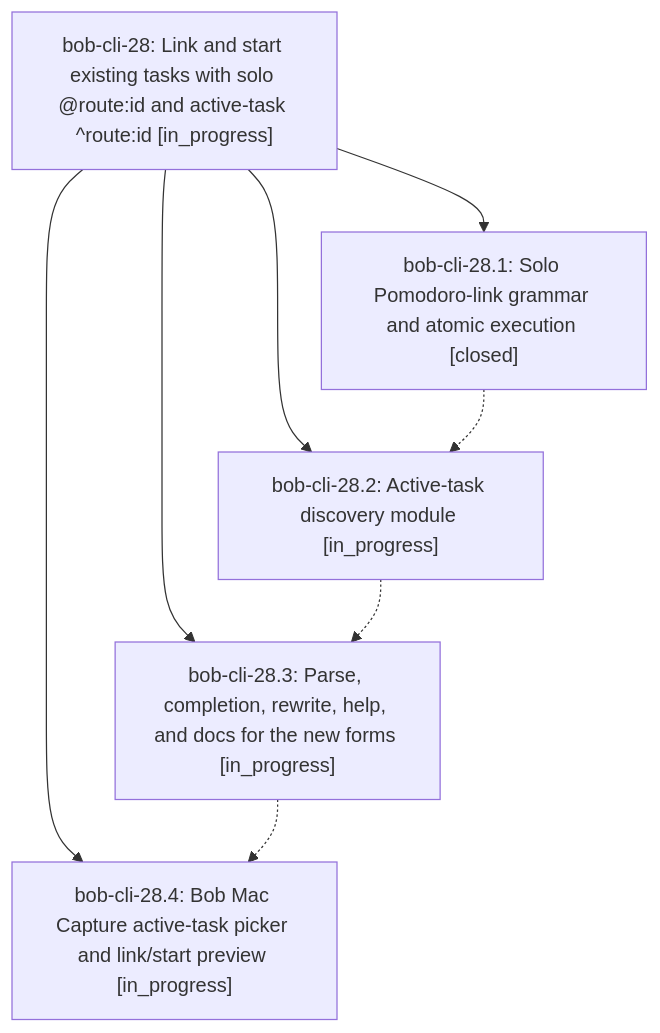
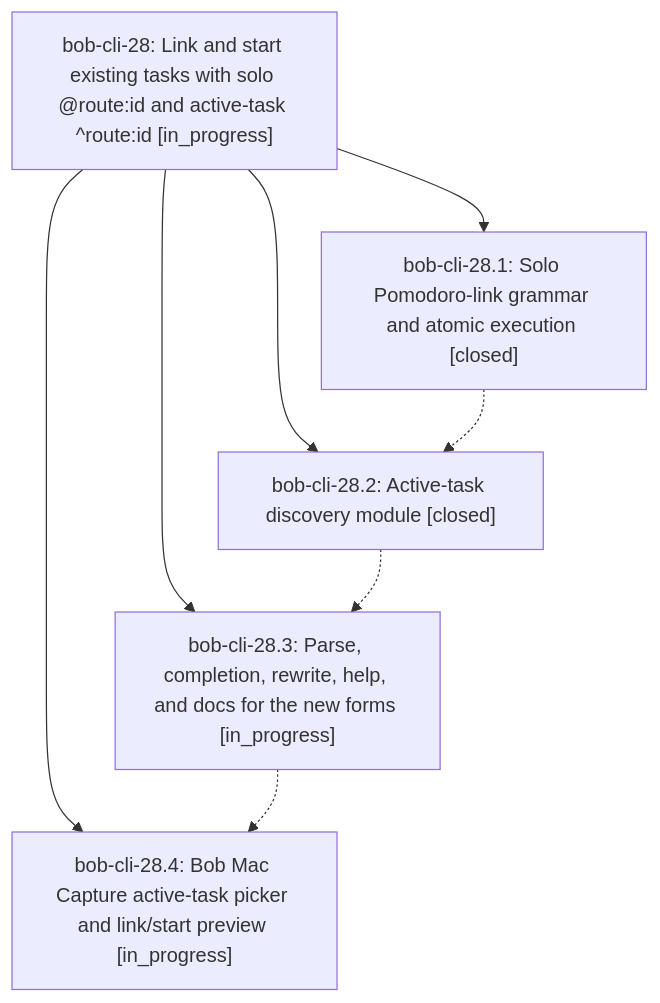
Before and after one commit to bobs-org/bob-cli--beads: the diagram in pages/bob-cli-28/README.md, drawn with Mermaid. The commit also changed other lines of this file and 3 other files, not shown here.

First line of the commit message:
chore(beads): sync bead state and pages for bob-cli-28

````diff
--- a/pages/bob-cli-28/README.md
+++ b/pages/bob-cli-28/README.md
@@ -25,15 +25,15 @@
 ```mermaid
 flowchart TD
     n0["bob-cli-28: Link and start existing tasks with solo @route:id and active-task ^route:id [in_progress]"]
     n1["bob-cli-28.1: Solo Pomodoro-link grammar and atomic execution [closed]"]
-    n2["bob-cli-28.2: Active-task discovery module [in_progress]"]
+    n2["bob-cli-28.2: Active-task discovery module [closed]"]
     n3["bob-cli-28.3: Parse, completion, rewrite, help, and docs for the new forms [in_progress]"]
     n4["bob-cli-28.4: Bob Mac Capture active-task picker and link/start preview [in_progress]"]
     n0 --> n1
     n0 --> n2
     n0 --> n3
     n0 --> n4
     n1 -.-> n2
     n2 -.-> n3
     n3 -.-> n4
 ```
````
